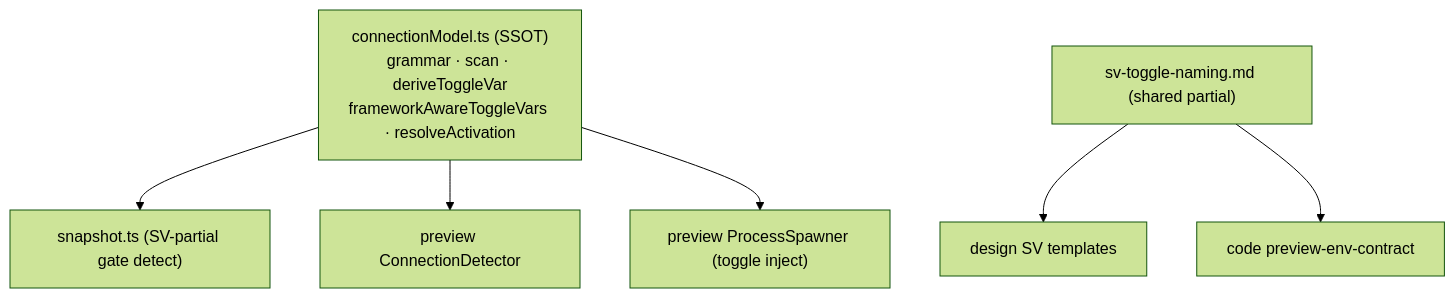
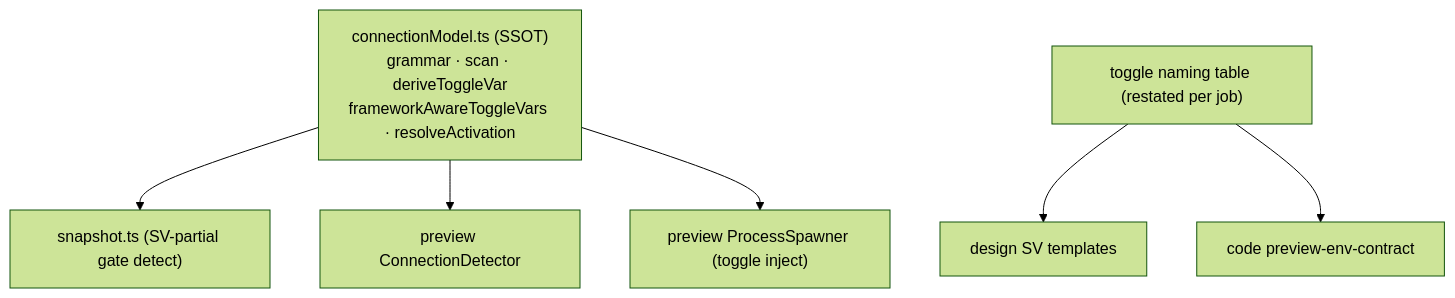
The second of 3 diagrams in docs/internals/38-service-virtualization.md (to-nexus/ant), drawn with Mermaid (forest theme) before and after one commit. The commit also changed other lines of this file and 82 other files, not shown here.

````diff
--- a/docs/internals/38-service-virtualization.md
+++ b/docs/internals/38-service-virtualization.md
@@ -97,10 +99,10 @@
 ```mermaid
 flowchart TD
   CM["connectionModel.ts (SSOT)<br/>grammar · scan · deriveToggleVar<br/>frameworkAwareToggleVars · resolveActivation"]
   CM --> SNAP["snapshot.ts (SV-partial gate detect)"]
   CM --> DET["preview ConnectionDetector"]
   CM --> SPAWN["preview ProcessSpawner (toggle inject)"]
-  NAME["sv-toggle-naming.md (shared partial)"]
+  NAME["toggle naming table (restated per job)"]
   NAME --> DPROMPT["design SV templates"]
   NAME --> CPROMPT["code preview-env-contract"]
 ```
````
